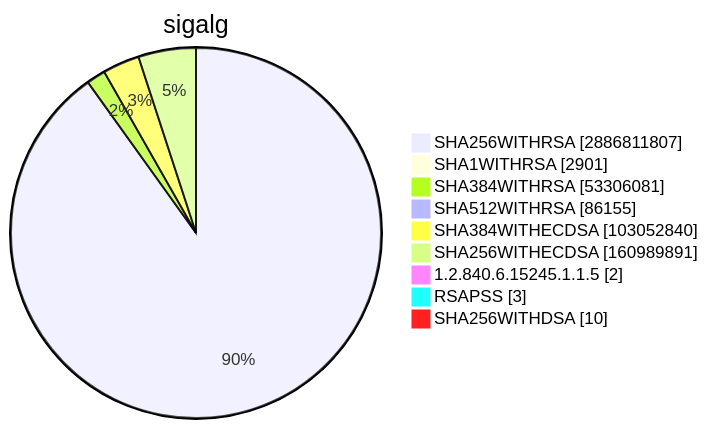
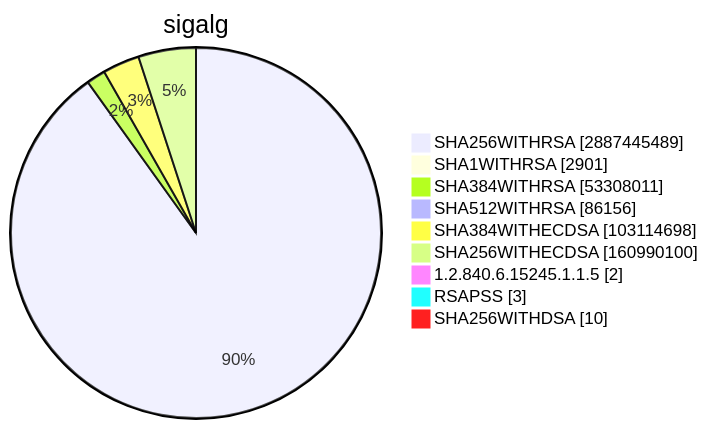
Before and after one commit to christiankrug/ctmonitor_visualization: diagram 15 of 15 in TOTAL/README.md, drawn with Mermaid. The commit also changed other lines of this file, not shown here.

````diff
--- a/TOTAL/README.md
+++ b/TOTAL/README.md
@@ -6207,13 +6207,13 @@
 ```mermaid
 pie showData
 title sigalg
-"SHA256WITHRSA" :2886811807
+"SHA256WITHRSA" :2887445489
 "SHA1WITHRSA" :2901
-"SHA384WITHRSA" :53306081
-"SHA512WITHRSA" :86155
-"SHA384WITHECDSA" :103052840
-"SHA256WITHECDSA" :160989891
+"SHA384WITHRSA" :53308011
+"SHA512WITHRSA" :86156
+"SHA384WITHECDSA" :103114698
+"SHA256WITHECDSA" :160990100
 "1.2.840.6.15245.1.1.5" :2
 "RSAPSS" :3
 "SHA256WITHDSA" :10
 ```
````
